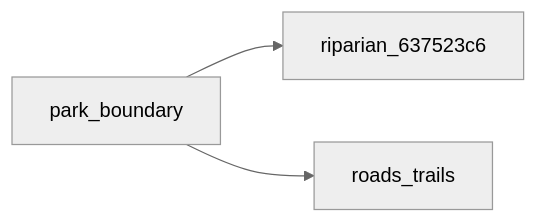
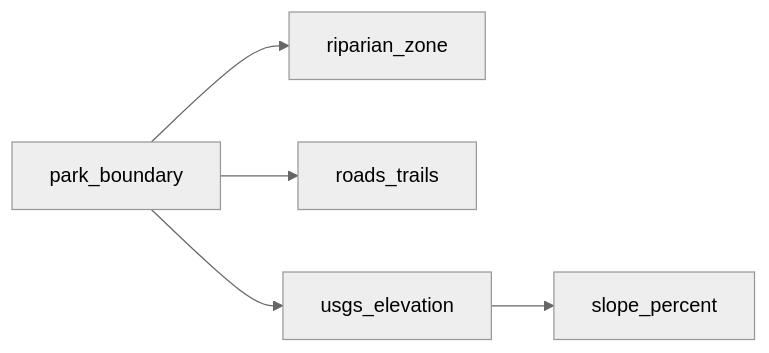
The diagram in projects/goats/README.md (kielni/alidade), drawn with Mermaid (neutral theme) before and after one commit. The commit also changed other lines of this file and 8 other files, not shown here.

````diff
--- a/projects/goats/README.md
+++ b/projects/goats/README.md
@@ -44,5 +58,7 @@
 ```mermaid
 flowchart LR
-    park_boundary --> riparian_637523c6
+    park_boundary --> riparian_zone
     park_boundary --> roads_trails
+    usgs_elevation --> slope_percent
+    park_boundary --> usgs_elevation
 ```
````
